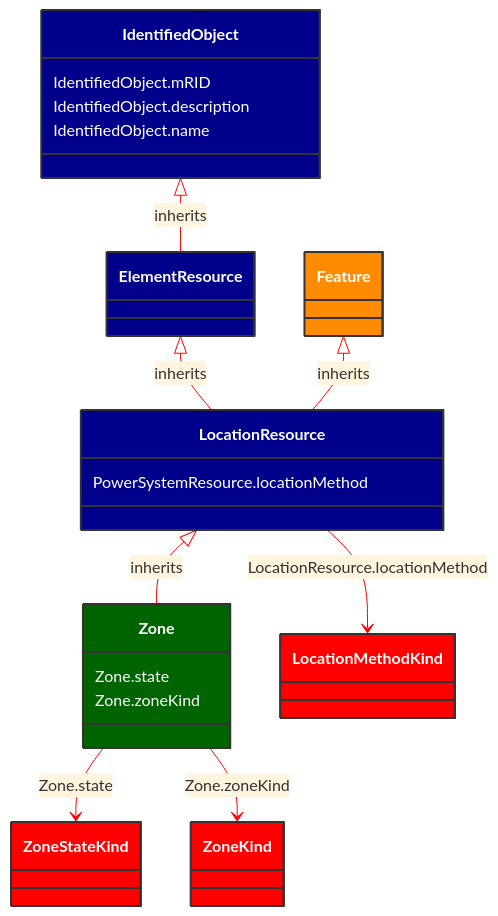
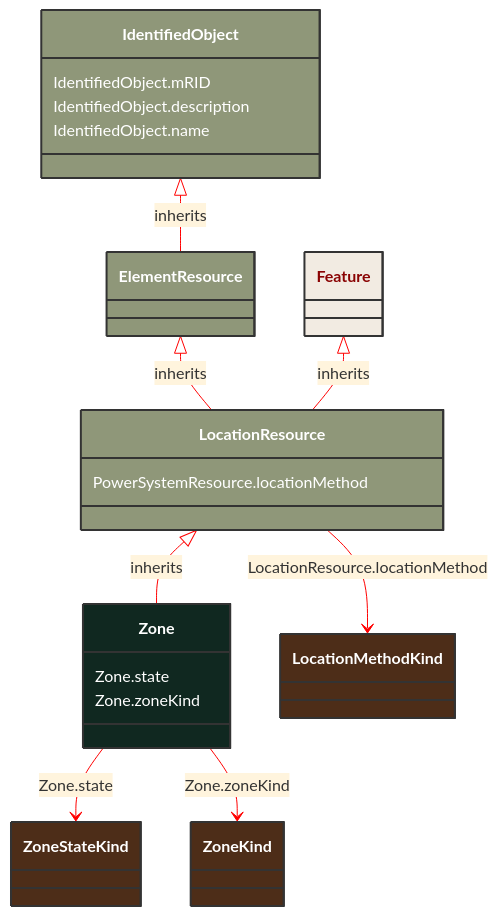
One commit to 3lbits/NoCIMExtensions changed the diagram in docs/Models/Profiles/AviationObstacle/ConcreteClasses/Zone.md. Above: the diagram before and after it, drawn with Mermaid. The commit also changed 190 other files, not shown here.

````diff
--- a/docs/Models/Profiles/AviationObstacle/ConcreteClasses/Zone.md
+++ b/docs/Models/Profiles/AviationObstacle/ConcreteClasses/Zone.md
@@ -8,51 +8,47 @@
 ```mermaid
 %%{init: {'theme':'base','themeVariables': {'lineColor': '#FF0000'}}}%%
 classDiagram
     class Zone
     click Zone href "/Models/Profiles/AviationObstacle/ConcreteClasses/Zone/"
-    style Zone fill:#006400,stroke:#333,stroke-width:2px,rx:10,ry:10,color:white
-
+    style Zone fill:#102820,stroke:#333,stroke-width:2px,rx:10,ry:10,color:white
+     
         LocationResource <|-- Zone : inherits
             click LocationResource href "/Models/Profiles/AviationObstacle/AbstractClasses/LocationResource/"
-            style LocationResource fill:#00008B,stroke:#333,stroke-width:2px,rx:10,ry:10,color:white
-
-        Zone
-            click Zone href "/Models/Profiles/AviationObstacle/ConcreteClasses/Zone/"
-            style LocationResource fill:#00008B,stroke:#333,stroke-width:2px,rx:10,ry:10,color:white
-
+            style LocationResource fill:#8F9779,stroke:#333,stroke-width:2px,rx:10,ry:10,color:white
+     
         ElementResource <|-- LocationResource : inherits
             click ElementResource href "/Models/Profiles/AviationObstacle/AbstractClasses/ElementResource/"
-            style ElementResource fill:#00008B,stroke:#333,stroke-width:2px,rx:10,ry:10,color:white
-
+            style ElementResource fill:#8F9779,stroke:#333,stroke-width:2px,rx:10,ry:10,color:white
+     
         IdentifiedObject <|-- ElementResource : inherits
             click IdentifiedObject href "/Models/Profiles/AviationObstacle/AbstractClasses/IdentifiedObject/"
-            style IdentifiedObject fill:#00008B,stroke:#333,stroke-width:2px,rx:10,ry:10,color:white
+            style IdentifiedObject fill:#8F9779,stroke:#333,stroke-width:2px,rx:10,ry:10,color:white
 
         Feature <|-- LocationResource : inherits
             click Feature href "/Models/Profiles/AviationObstacle/ConcreteClasses/Feature/"
-            style Feature fill:#FF8C00,stroke:#333,stroke-width:2px,rx:10,ry:10,color:white
+            style Feature fill:#F2EBE2,stroke:#333,stroke-width:2px,rx:10,ry:10,color:#8A0303
 
 
         Zone --> ZoneStateKind : Zone.state
 
         ZoneStateKind
             click ZoneStateKind href "/Models/Profiles/AviationObstacle/Enumerations/ZoneStateKind/"
-            style ZoneStateKind fill:#FF0000,stroke:#333,stroke-width:2px,rx:10,ry:10,color:white
+            style ZoneStateKind fill:#4D2D18,stroke:#333,stroke-width:2px,rx:10,ry:10,color:white
         Zone --> ZoneKind : Zone.zoneKind
 
         ZoneKind
             click ZoneKind href "/Models/Profiles/AviationObstacle/Enumerations/ZoneKind/"
-            style ZoneKind fill:#FF0000,stroke:#333,stroke-width:2px,rx:10,ry:10,color:white
+            style ZoneKind fill:#4D2D18,stroke:#333,stroke-width:2px,rx:10,ry:10,color:white
         LocationResource --> LocationMethodKind : LocationResource.locationMethod
 
         LocationMethodKind
             click LocationMethodKind href "/Models/Profiles/AviationObstacle/Enumerations/LocationMethodKind/"
-            style LocationMethodKind fill:#FF0000,stroke:#333,stroke-width:2px,rx:10,ry:10,color:white
+            style LocationMethodKind fill:#4D2D18,stroke:#333,stroke-width:2px,rx:10,ry:10,color:white
 
         Zone : Zone.state
         Zone : Zone.zoneKind
         LocationResource : PowerSystemResource.locationMethod
         IdentifiedObject : IdentifiedObject.mRID
         IdentifiedObject : IdentifiedObject.description
         IdentifiedObject : IdentifiedObject.name
 ```
````
